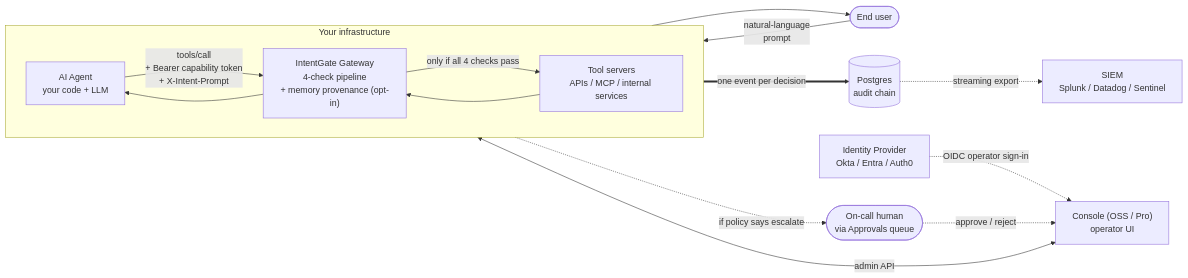
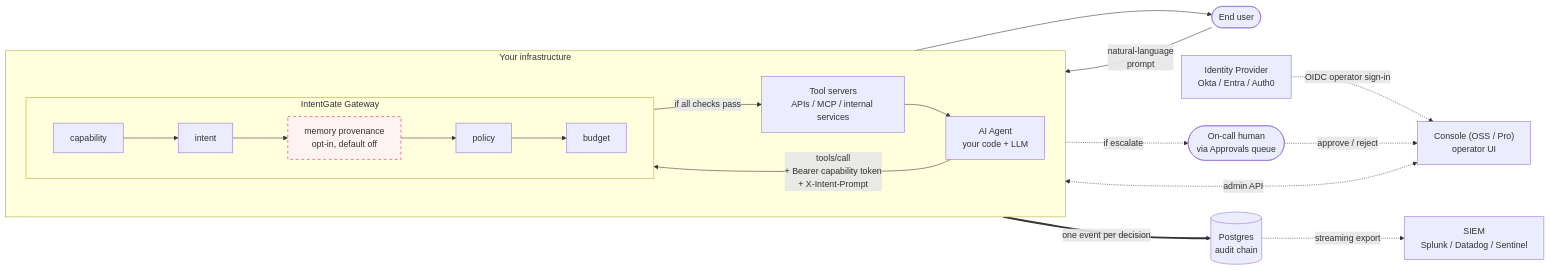
One commit to IntentGate-app/intentgate-gateway changed the first of 2 diagrams in docs/README.md. Above: the diagram before and after it, drawn with Mermaid.

Commit message:
docs: mermaid topology shows the five checks inside the gateway

````diff
--- a/docs/README.md
+++ b/docs/README.md
@@ -11,31 +11,40 @@
 ```mermaid
 flowchart LR
     User([End user])
 
     subgraph Customer["Your infrastructure"]
         direction LR
         Agent["AI Agent<br/>your code + LLM"]
-        Gateway["IntentGate Gateway<br/>4-check pipeline<br/>+ memory provenance (opt-in)"]
+        subgraph Gateway["IntentGate Gateway"]
+            direction LR
+            Cap[capability]
+            Intent[intent]
+            Prov["memory provenance<br/>opt-in, default off"]:::optional
+            Policy[policy]
+            Budget[budget]
+            Cap --> Intent --> Prov --> Policy --> Budget
+        end
         Tools["Tool servers<br/>APIs / MCP / internal services"]
     end
 
     IdP["Identity Provider<br/>Okta / Entra / Auth0"]
     Console["Console (OSS / Pro)<br/>operator UI"]
     DB[("Postgres<br/>audit chain")]
     SIEM["SIEM<br/>Splunk / Datadog / Sentinel"]
     Approver(["On-call human<br/>via Approvals queue"])
 
     User -->|"natural-language<br/>prompt"| Agent
-    Agent -->|"tools/call<br/>+ Bearer capability token<br/>+ X-Intent-Prompt"| Gateway
-    Gateway -->|"only if all 4 checks pass"| Tools
-    Tools --> Gateway
-    Gateway --> Agent
+    Agent -->|"tools/call<br/>+ Bearer capability token<br/>+ X-Intent-Prompt"| Cap
+    Budget -->|"if all checks pass"| Tools
+    Tools --> Agent
     Agent --> User
 
     IdP -.->|"OIDC operator sign-in"| Console
-    Console <-->|"admin API"| Gateway
+    Console <-.->|"admin API"| Gateway
     Gateway ==>|"one event per decision"| DB
     DB -.->|"streaming export"| SIEM
-    Gateway -.->|"if policy says escalate"| Approver
+    Policy -.->|"if escalate"| Approver
     Approver -.->|"approve / reject"| Console
+
+    classDef optional stroke-dasharray: 5 5,fill:#fef2f2,stroke:#dc2626
 ```
````
